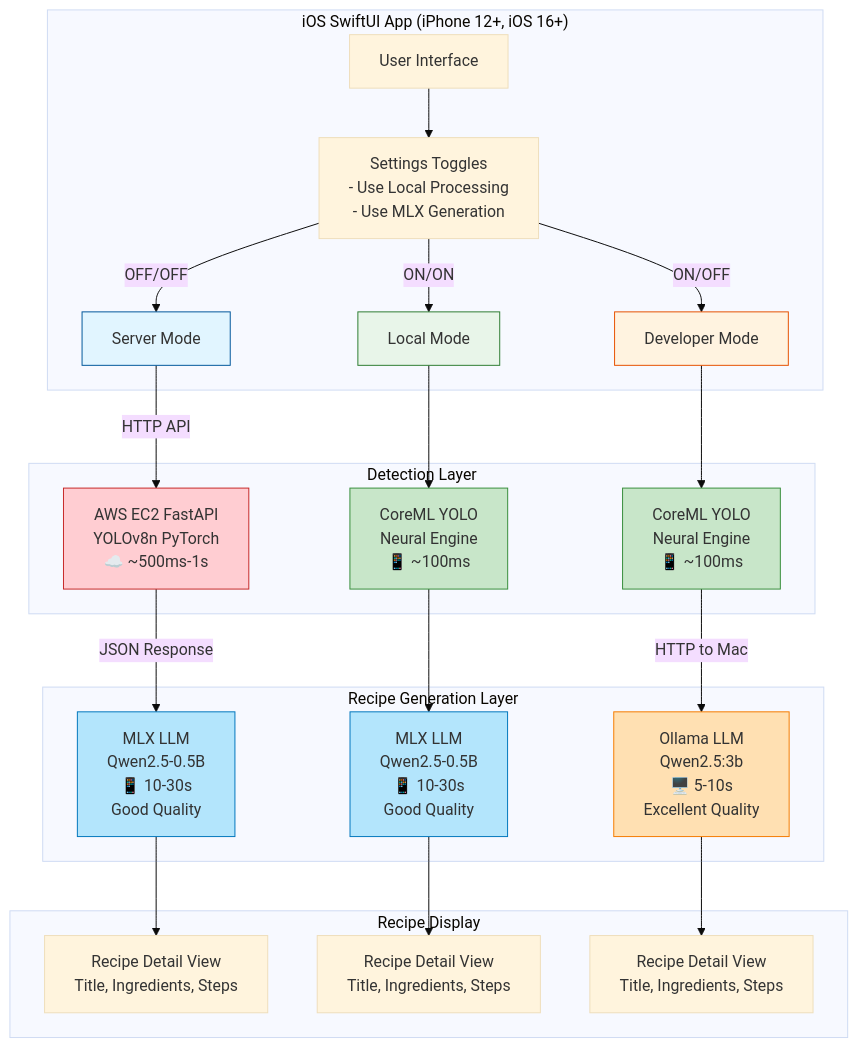
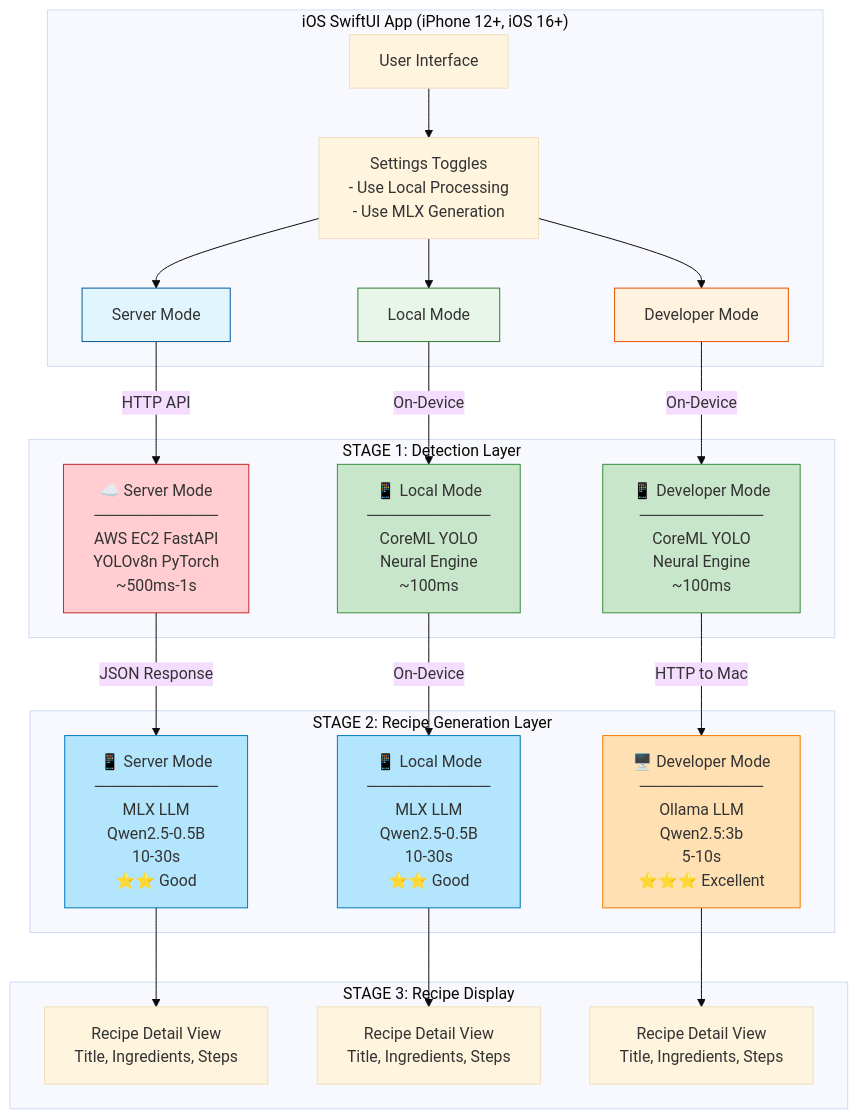
The first of 6 diagrams in architecture-mermaid.md (Jessi0803/kitchen_assistant), drawn with Mermaid (base theme) before and after one commit. The commit also changed other lines of this file, not shown here.

First line of the commit message:
docs: update Mermaid diagrams with clear mode labels for Stage 1 & 2

````diff
--- a/architecture-mermaid.md
+++ b/architecture-mermaid.md
@@ -7,55 +7,55 @@
 ```mermaid
 graph TB
     subgraph iOS["iOS SwiftUI App (iPhone 12+, iOS 16+)"]
         UI[User Interface]
         Settings[Settings Toggles<br/>- Use Local Processing<br/>- Use MLX Generation]
         
         UI --> Settings
         
-        Settings -->|OFF/OFF| ServerMode[Server Mode]
-        Settings -->|ON/ON| LocalMode[Local Mode]
-        Settings -->|ON/OFF| DevMode[Developer Mode]
+        Settings --> ServerMode[Server Mode]
+        Settings --> LocalMode[Local Mode]
+        Settings --> DevMode[Developer Mode]
     end
     
-    subgraph Detection["Detection Layer"]
-        AWS[AWS EC2 FastAPI<br/>YOLOv8n PyTorch<br/>☁️ ~500ms-1s]
-        CoreML1[CoreML YOLO<br/>Neural Engine<br/>📱 ~100ms]
-        CoreML2[CoreML YOLO<br/>Neural Engine<br/>📱 ~100ms]
+    subgraph Detection["STAGE 1: Detection Layer"]
+        AWS["☁️ Server Mode<br/>───────────<br/>AWS EC2 FastAPI<br/>YOLOv8n PyTorch<br/>~500ms-1s"]
+        CoreML1["📱 Local Mode<br/>───────────<br/>CoreML YOLO<br/>Neural Engine<br/>~100ms"]
+        CoreML2["📱 Developer Mode<br/>───────────<br/>CoreML YOLO<br/>Neural Engine<br/>~100ms"]
     end
     
-    subgraph Recipe["Recipe Generation Layer"]
-        MLX1[MLX LLM<br/>Qwen2.5-0.5B<br/>📱 10-30s<br/>Good Quality]
-        MLX2[MLX LLM<br/>Qwen2.5-0.5B<br/>📱 10-30s<br/>Good Quality]
-        Ollama[Ollama LLM<br/>Qwen2.5:3b<br/>🖥️ 5-10s<br/>Excellent Quality]
+    subgraph Recipe["STAGE 2: Recipe Generation Layer"]
+        MLX1["📱 Server Mode<br/>───────────<br/>MLX LLM<br/>Qwen2.5-0.5B<br/>10-30s<br/>⭐⭐ Good"]
+        MLX2["📱 Local Mode<br/>───────────<br/>MLX LLM<br/>Qwen2.5-0.5B<br/>10-30s<br/>⭐⭐ Good"]
+        Ollama["🖥️ Developer Mode<br/>───────────<br/>Ollama LLM<br/>Qwen2.5:3b<br/>5-10s<br/>⭐⭐⭐ Excellent"]
     end
     
-    subgraph Result["Recipe Display"]
+    subgraph Result["STAGE 3: Recipe Display"]
         Recipe1[Recipe Detail View<br/>Title, Ingredients, Steps]
         Recipe2[Recipe Detail View<br/>Title, Ingredients, Steps]
         Recipe3[Recipe Detail View<br/>Title, Ingredients, Steps]
     end
     
     ServerMode -->|HTTP API| AWS
-    LocalMode --> CoreML1
-    DevMode --> CoreML2
+    LocalMode -->|On-Device| CoreML1
+    DevMode -->|On-Device| CoreML2
     
     AWS -->|JSON Response| MLX1
-    CoreML1 --> MLX2
+    CoreML1 -->|On-Device| MLX2
     CoreML2 -->|HTTP to Mac| Ollama
     
     MLX1 --> Recipe1
     MLX2 --> Recipe2
     Ollama --> Recipe3
     
     style ServerMode fill:#e1f5ff,stroke:#01579b
     style LocalMode fill:#e8f5e9,stroke:#2e7d32
     style DevMode fill:#fff3e0,stroke:#e65100
     
     style AWS fill:#ffcdd2,stroke:#c62828
     style CoreML1 fill:#c8e6c9,stroke:#388e3c
     style CoreML2 fill:#c8e6c9,stroke:#388e3c
     
     style MLX1 fill:#b3e5fc,stroke:#0277bd
     style MLX2 fill:#b3e5fc,stroke:#0277bd
     style Ollama fill:#ffe0b2,stroke:#f57c00
 ```
````
